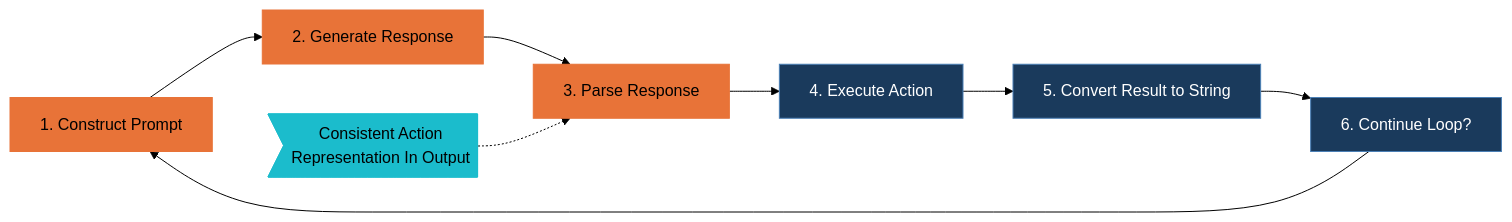
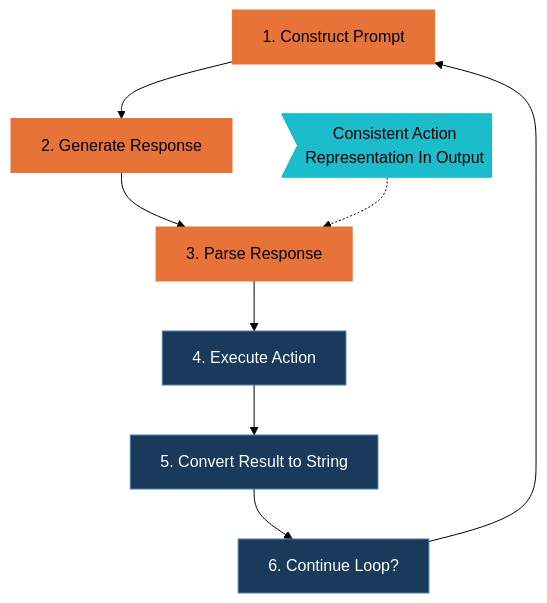
One commit to WhatIfWeDigDeeper/typescript-ai-agents-course changed the fourth of 4 diagrams in 01-agentic-ai-concepts.md. Above: the diagram before and after it, drawn with Mermaid (forest theme). The commit also changed other lines of this file, not shown here.

Commit message:
docs: update flowchart direction from LR to TD for clarity in agent loop diagrams

````diff
--- a/01-agentic-ai-concepts.md
+++ b/01-agentic-ai-concepts.md
@@ -155,20 +155,20 @@
 ```mermaid
-flowchart LR
+flowchart TD
     S1["1. Construct Prompt"] --> S2["2. Generate Response"]
     S2 --> S3["3. Parse Response"]
     S3 --> S4["4. Execute Action"]
     S4 --> S5["5. Convert Result to String"]
     S5 --> S6["6. Continue Loop?"]
     S6 --> S1
 
     Note>"Consistent Action\nRepresentation In Output"]
     Note -.-> S3
 
     style S1 fill:#e87338,stroke:#e87338,color:#000
     style S2 fill:#e87338,stroke:#e87338,color:#000
     style S3 fill:#e87338,stroke:#e87338,color:#000
     style S4 fill:#1a3a5c,stroke:#4a7fb5,color:#fff
     style S5 fill:#1a3a5c,stroke:#4a7fb5,color:#fff
     style S6 fill:#1a3a5c,stroke:#4a7fb5,color:#fff
     style Note fill:#1bbccc,stroke:#1bbccc,color:#000
 ```
````
